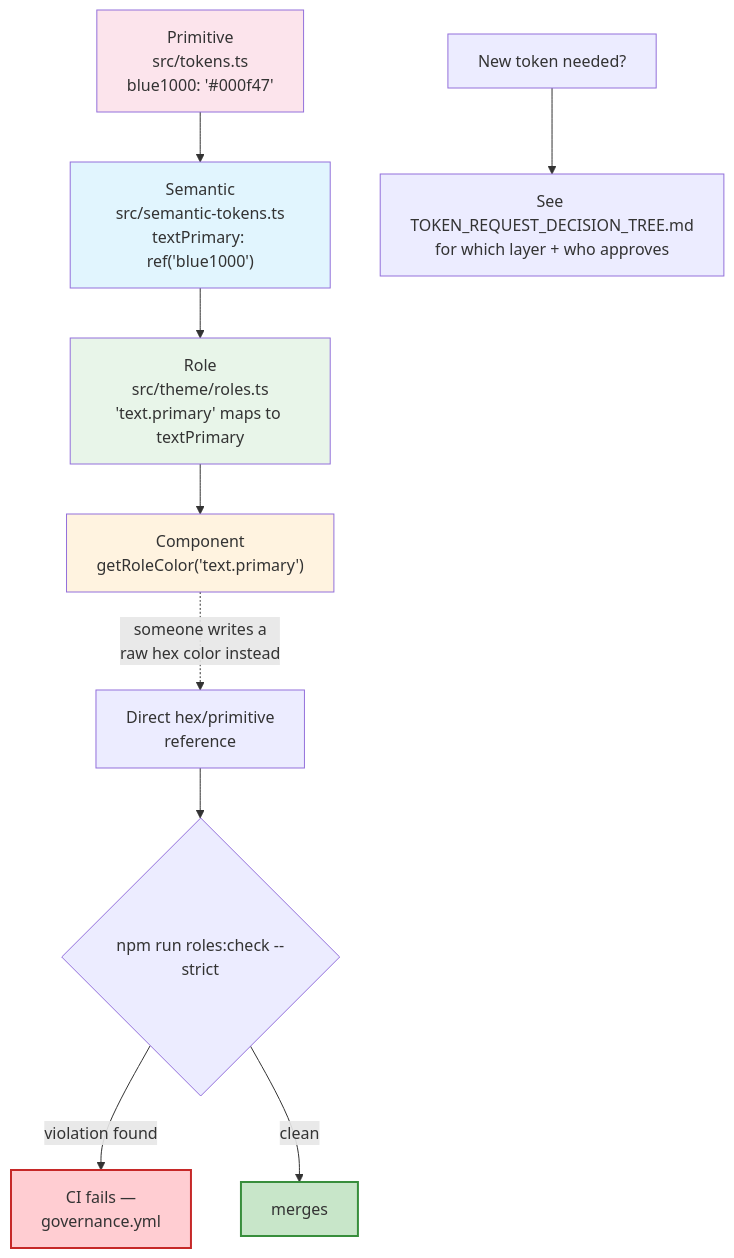
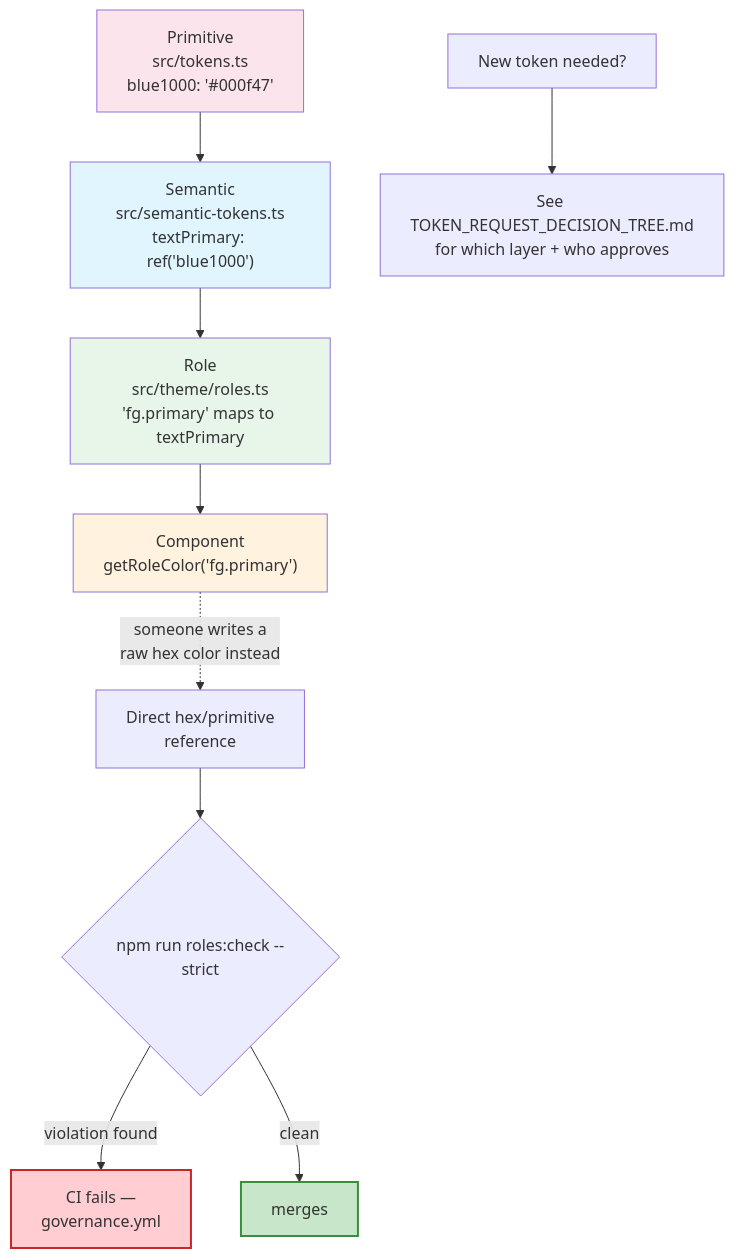
Before and after one commit to antoniopezzella/mds-company-mirror: the second of 4 diagrams in docs/GOVERNANCE.md, drawn with Mermaid. The commit also changed 291 other files, not shown here.

````diff
--- a/docs/GOVERNANCE.md
+++ b/docs/GOVERNANCE.md
@@ -30,20 +30,20 @@
 ```mermaid
 flowchart TD
     P["Primitive<br/>src/tokens.ts<br/>blue1000: '#000f47'"] --> S["Semantic<br/>src/semantic-tokens.ts<br/>textPrimary: ref('blue1000')"]
-    S --> R["Role<br/>src/theme/roles.ts<br/>'text.primary' maps to textPrimary"]
-    R --> C["Component<br/>getRoleColor('text.primary')"]
+    S --> R["Role<br/>src/theme/roles.ts<br/>'fg.primary' maps to textPrimary"]
+    R --> C["Component<br/>getRoleColor('fg.primary')"]
 
     C -.->|"someone writes a<br/>raw hex color instead"| V["Direct hex/primitive<br/>reference"]
     V --> Check{"npm run roles:check --strict"}
     Check -->|"violation found"| Fail["CI fails —<br/>governance.yml"]
     Check -->|"clean"| Pass["merges"]
 
     Req["New token needed?"] --> Tree["See TOKEN_REQUEST_DECISION_TREE.md<br/>for which layer + who approves"]
 
     style P fill:#fce4ec
     style S fill:#e1f5fe
     style R fill:#e8f5e9
     style C fill:#fff3e0
     style Fail fill:#ffcdd2,stroke:#c62828,stroke-width:2px
     style Pass fill:#c8e6c9,stroke:#388e3c,stroke-width:2px
 ```
````
